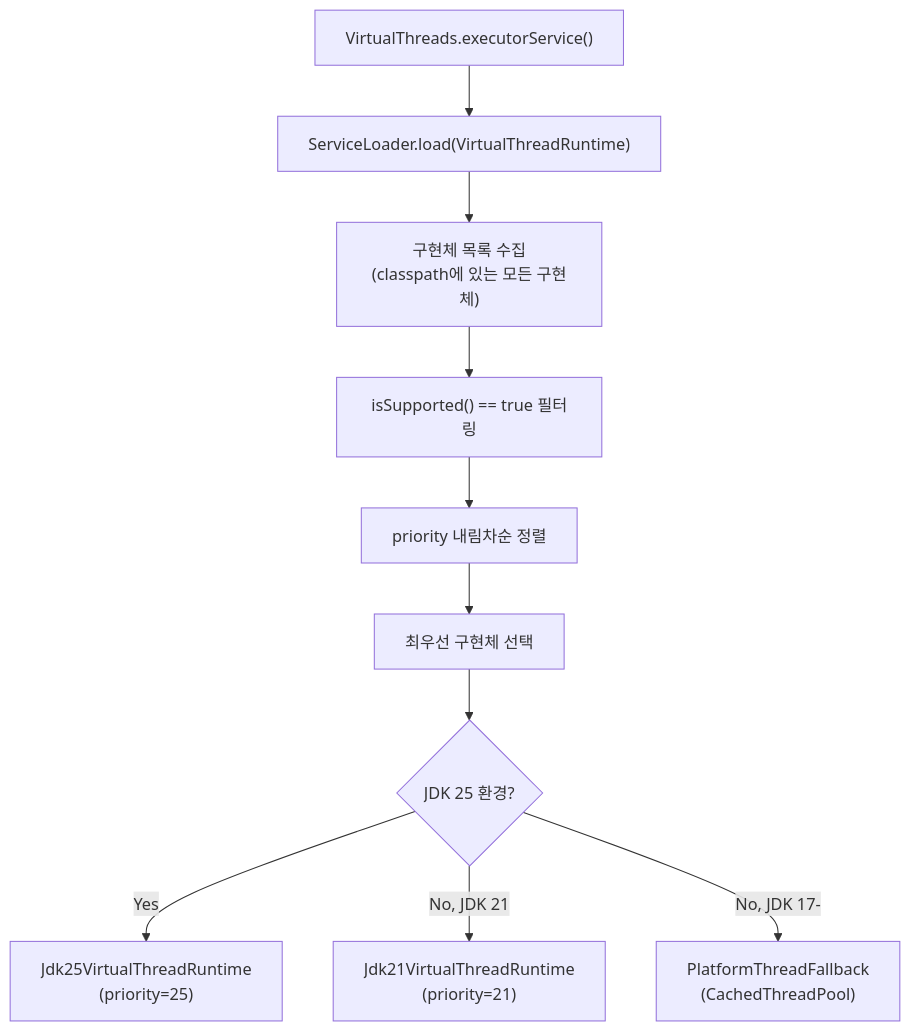
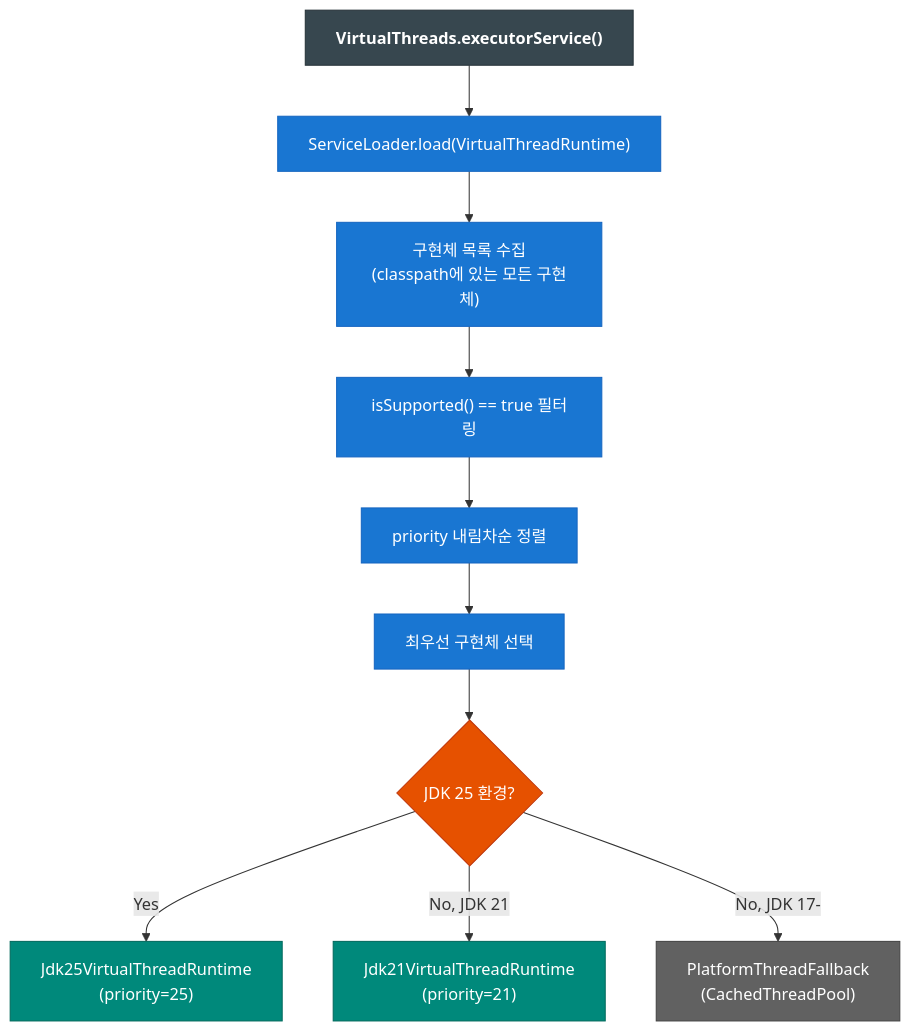
The second of 2 diagrams in virtualthread/api/README.ko.md (bluetape4k/bluetape4k-projects), drawn with Mermaid before and after one commit. The commit also changed other lines of this file and 221 other files, not shown here.

First line of the commit message:
docs: 전체 모듈 README UML 다이어그램 보강 및 색상 업그레이드

````diff
--- a/virtualthread/api/README.ko.md
+++ b/virtualthread/api/README.ko.md
@@ -234,12 +242,24 @@
 ```mermaid
 flowchart TD
     START["VirtualThreads.executorService()"] --> SL["ServiceLoader.load(VirtualThreadRuntime)"]
     SL --> CANDIDATES["구현체 목록 수집<br/>(classpath에 있는 모든 구현체)"]
     CANDIDATES --> FILTER["isSupported() == true 필터링"]
     FILTER --> SORT["priority 내림차순 정렬"]
     SORT --> SELECT["최우선 구현체 선택"]
     SELECT --> JDK25{"JDK 25 환경?"}
     JDK25 -->|"Yes"| USE25["Jdk25VirtualThreadRuntime<br/>(priority=25)"]
     JDK25 -->|"No, JDK 21"| USE21["Jdk21VirtualThreadRuntime<br/>(priority=21)"]
     JDK25 -->|"No, JDK 17-"| USEFALL["PlatformThreadFallback<br/>(CachedThreadPool)"]
+
+    classDef entryStyle fill:#37474F,stroke:#263238,color:#FFFFFF,font-weight:bold
+    classDef processStyle fill:#1976D2,stroke:#1565C0,color:#FFFFFF
+    classDef decisionStyle fill:#E65100,stroke:#BF360C,color:#FFFFFF
+    classDef implStyle fill:#00897B,stroke:#00695C,color:#FFFFFF
+    classDef fallbackStyle fill:#616161,stroke:#424242,color:#FFFFFF
+
+    class START entryStyle
+    class SL,CANDIDATES,FILTER,SORT,SELECT processStyle
+    class JDK25 decisionStyle
+    class USE25,USE21 implStyle
+    class USEFALL fallbackStyle
 ```
````
